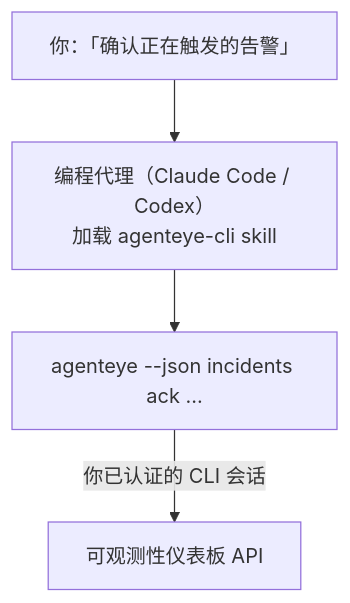
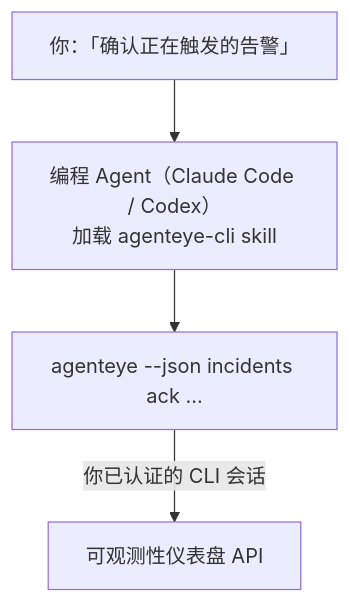
One commit to FailproofAI/failproofai changed the diagram in docs/zh/agenteye/cli-skill.mdx. Above: the diagram before and after it, drawn with Mermaid. The commit also changed other lines of this file and 649 other files, not shown here.

````diff
--- a/docs/zh/agenteye/cli-skill.mdx
+++ b/docs/zh/agenteye/cli-skill.mdx
@@ -28,6 +28,6 @@
 ```mermaid
 flowchart TD
-    YOU["你：「确认正在触发的告警」"] --> AGENT["编程代理（Claude Code / Codex）<br/>加载 agenteye-cli skill"]
+    YOU["你：「确认正在触发的告警」"] --> AGENT["编程 Agent（Claude Code / Codex）<br/>加载 agenteye-cli skill"]
     AGENT --> CLI["agenteye --json incidents ack ..."]
-    CLI -->|你已认证的 CLI 会话| API["可观测性仪表板 API"]
+    CLI -->|你已认证的 CLI 会话| API["可观测性仪表盘 API"]
 ```
````
